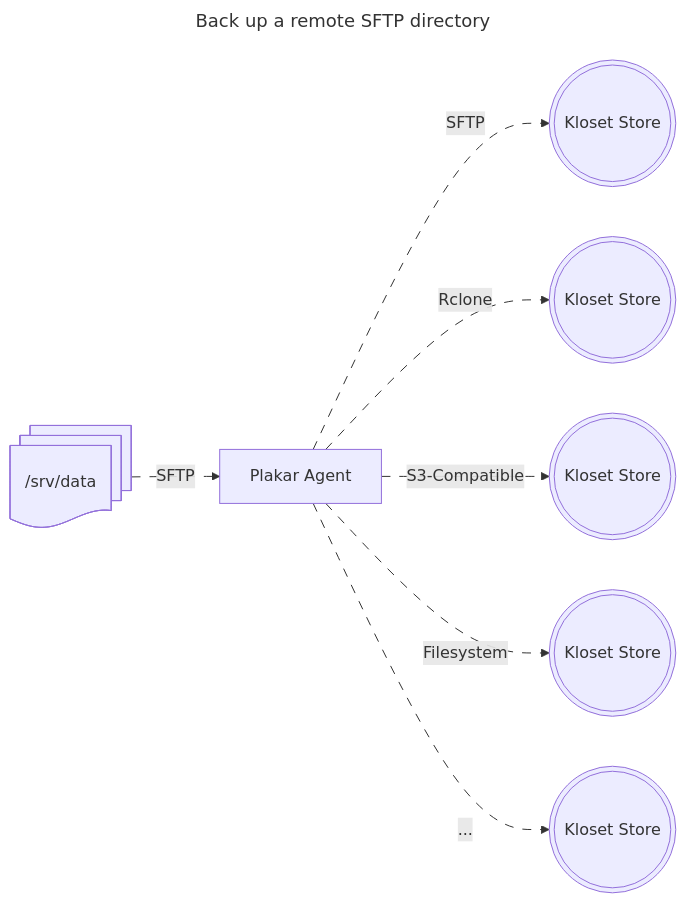
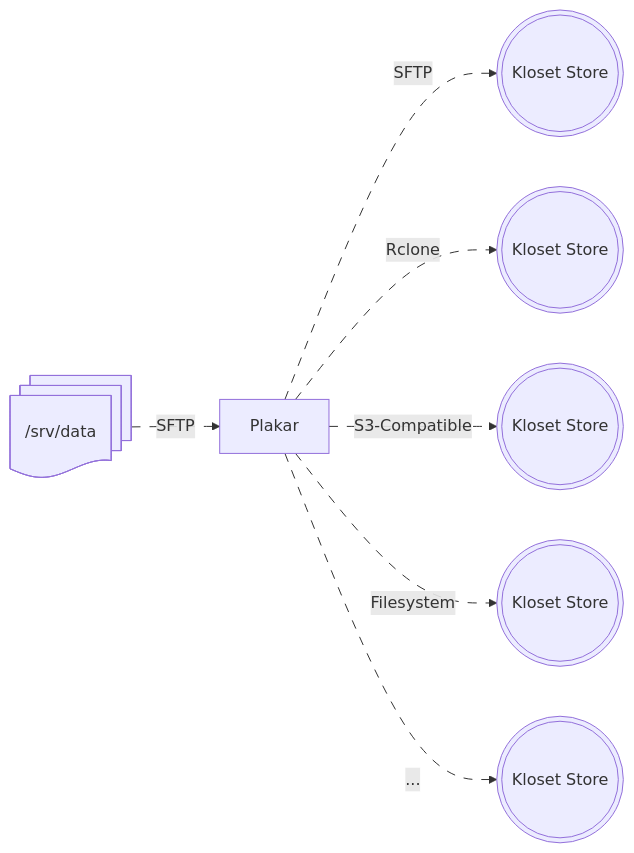
Before and after one commit to PlakarKorp/plakar.io: the second of 3 diagrams in content/docs/main/integrations/sftp/index.md, drawn with Mermaid. The commit also changed other lines of this file and 1 other file, not shown here.

```diff
--- a/content/docs/main/integrations/sftp/index.md
+++ b/content/docs/main/integrations/sftp/index.md
@@ -233,21 +156,17 @@
 {{< mermaid >}}
----
-title: Back up a remote SFTP directory
----
-
 flowchart LR
-    DIR@{ shape: docs, label: "/srv/data" }
-    DIR e1@-- SFTP --> Plakar[Plakar Agent]
-    Plakar e2@-->|SFTP| SFTP_Target(((Kloset Store)))
-    Plakar e3@-->|Rclone| Rclone_Target(((Kloset Store)))
-    Plakar e4@-->|S3-Compatible| S3_Target(((Kloset Store)))
-    Plakar e5@-->|Filesystem| FS_Target(((Kloset Store)))
-    Plakar e6@-->|...| All_Target(((Kloset Store)))
-    classDef animate stroke-dasharray: 9,5,stroke-dashoffset: 900,animation: dash 25s linear infinite;
-    class e1 animate
-    class e2 animate
-    class e3 animate
-    class e4 animate
-    class e5 animate
-    class e6 animate
+  DIR@{ shape: docs, label: "/srv/data" }
+  DIR e1@-- SFTP --> Plakar[Plakar]
+  Plakar e2@-->|SFTP| SFTP_Target(((Kloset Store)))
+  Plakar e3@-->|Rclone| Rclone_Target(((Kloset Store)))
+  Plakar e4@-->|S3-Compatible| S3_Target(((Kloset Store)))
+  Plakar e5@-->|Filesystem| FS_Target(((Kloset Store)))
+  Plakar e6@-->|...| All_Target(((Kloset Store)))
+  classDef animate stroke-dasharray: 9,5,stroke-dashoffset: 900,animation: dash 25s linear infinite;
+  class e1 animate
+  class e2 animate
+  class e3 animate
+  class e4 animate
+  class e5 animate
+  class e6 animate
 {{< /mermaid >}}
```
